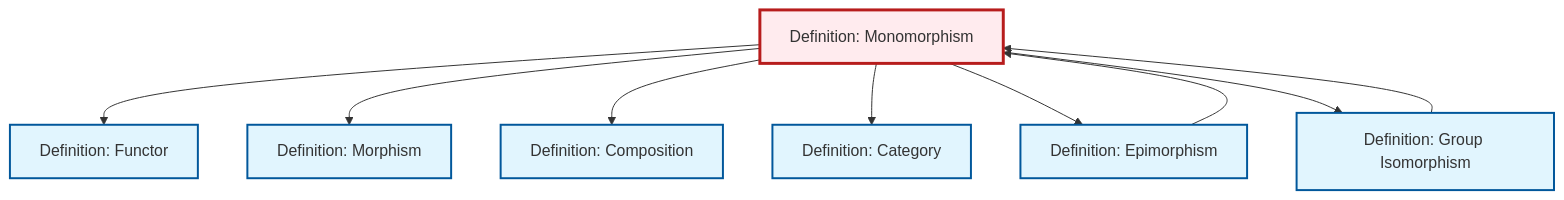
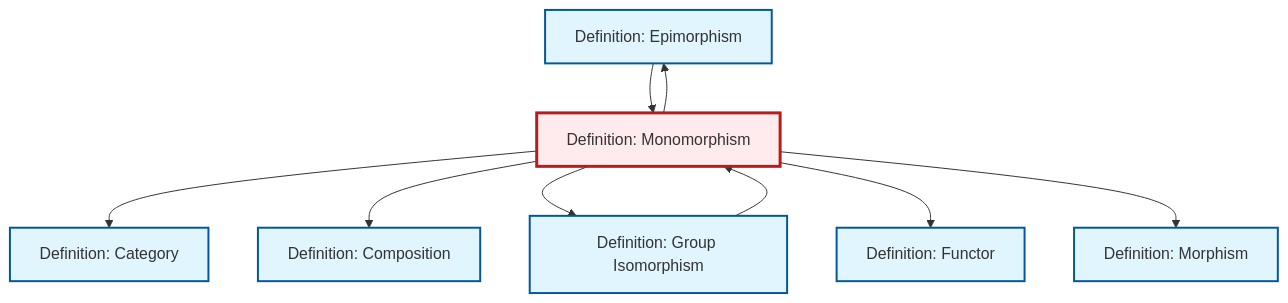
One commit to RK0429/ModernMath changed the diagram in output/mermaid/def-monomorphism.mermaid. Above: the diagram before and after it, drawn with Mermaid. The commit also changed other lines of this file and 634 other files, not shown here.

```diff
--- a/output/mermaid/def-monomorphism.mermaid
+++ b/output/mermaid/def-monomorphism.mermaid
@@ -1,23 +1,23 @@
 %%| fig-cap: "Local dependency graph"
 graph TD
     classDef definition fill:#e1f5fe,stroke:#01579b,stroke-width:2px
     classDef theorem fill:#f3e5f5,stroke:#4a148c,stroke-width:2px
     classDef axiom fill:#fff3e0,stroke:#e65100,stroke-width:2px
     classDef example fill:#e8f5e9,stroke:#1b5e20,stroke-width:2px
     classDef current fill:#ffebee,stroke:#b71c1c,stroke-width:3px
+    def-category["Definition: Category"]:::definition
     def-composition["Definition: Composition"]:::definition
+    def-epimorphism["Definition: Epimorphism"]:::definition
+    def-monomorphism["Definition: Monomorphism"]:::definition
+    def-isomorphism["Definition: Group Isomorphism"]:::definition
+    def-morphism["Definition: Morphism"]:::definition
     def-functor["Definition: Functor"]:::definition
-    def-monomorphism["Definition: Monomorphism"]:::definition
-    def-epimorphism["Definition: Epimorphism"]:::definition
-    def-morphism["Definition: Morphism"]:::definition
-    def-isomorphism["Definition: Group Isomorphism"]:::definition
-    def-category["Definition: Category"]:::definition
+    def-monomorphism --> def-epimorphism
+    def-epimorphism --> def-monomorphism
+    def-isomorphism --> def-monomorphism
+    def-monomorphism --> def-category
+    def-monomorphism --> def-composition
+    def-monomorphism --> def-isomorphism
     def-monomorphism --> def-functor
     def-monomorphism --> def-morphism
-    def-monomorphism --> def-composition
-    def-monomorphism --> def-category
-    def-monomorphism --> def-epimorphism
-    def-monomorphism --> def-isomorphism
-    def-epimorphism --> def-monomorphism
-    def-isomorphism --> def-monomorphism
     class def-monomorphism current
```
